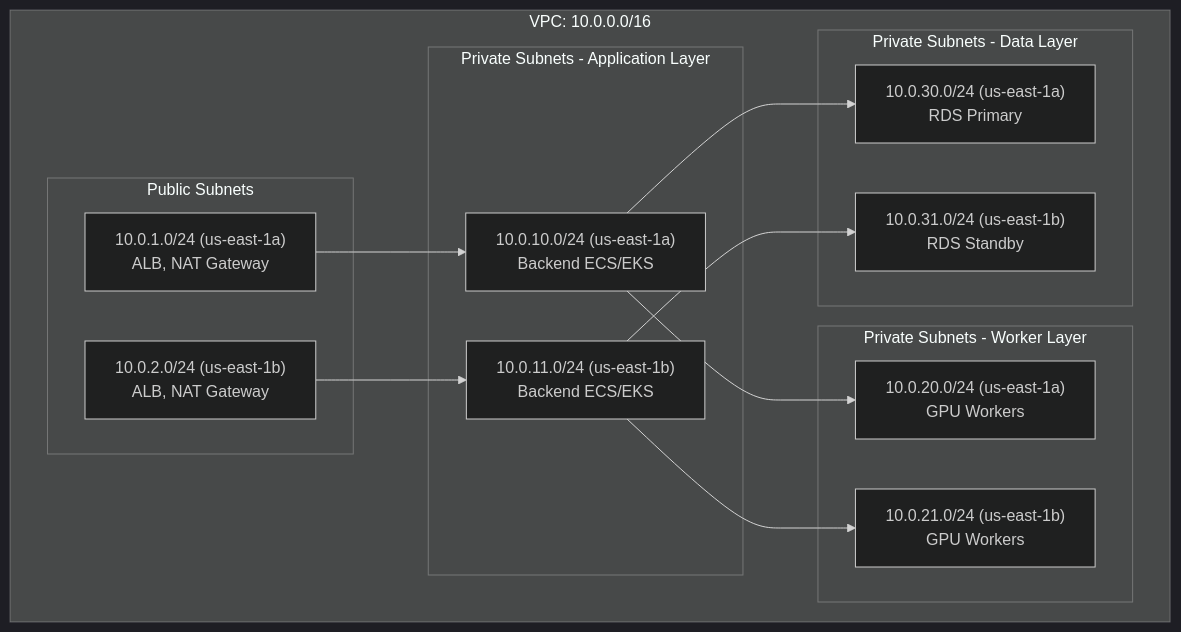
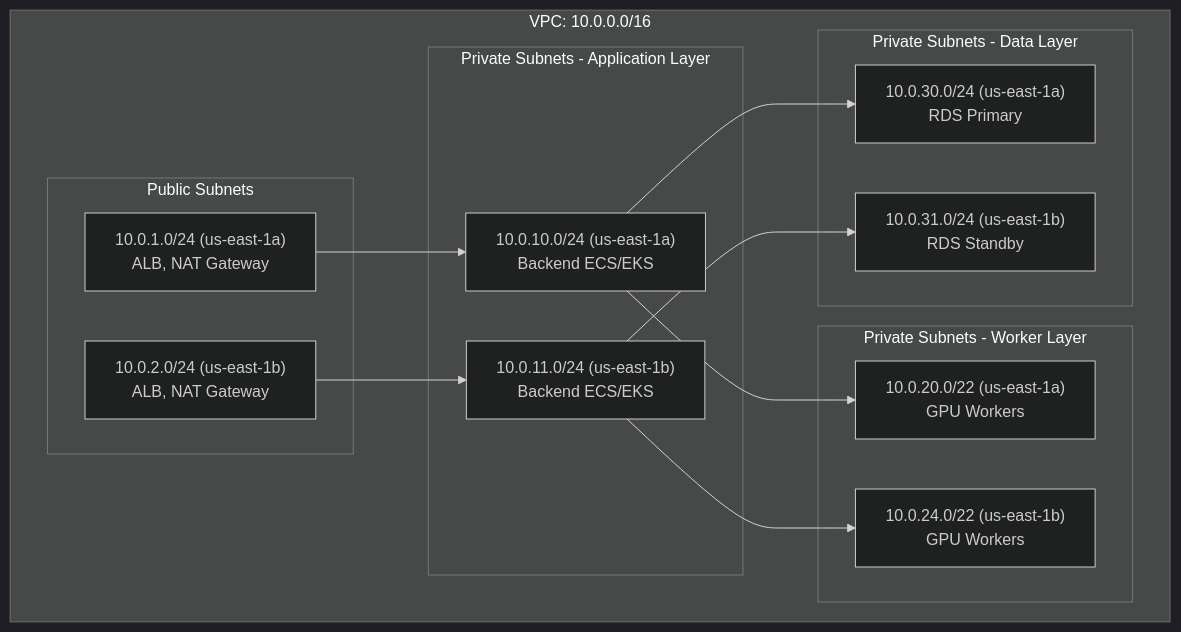
The second of 4 diagrams in docs/architecture/system-design.md (AI-Empower-HQ-360/AI-Film-Studio), drawn with Mermaid (dark theme) before and after one commit. The commit also changed other lines of this file, not shown here.

Commit message:
docs: address review feedback on diagrams and costs

````diff
--- a/docs/architecture/system-design.md
+++ b/docs/architecture/system-design.md
@@ -292,28 +293,28 @@
 ```mermaid
 flowchart TB
   subgraph VPC["VPC: 10.0.0.0/16"]
     subgraph Public_Subnets["Public Subnets"]
       a1["10.0.1.0/24 (us-east-1a)\nALB, NAT Gateway"]
       a2["10.0.2.0/24 (us-east-1b)\nALB, NAT Gateway"]
     end
     subgraph Private_App["Private Subnets - Application Layer"]
       b1["10.0.10.0/24 (us-east-1a)\nBackend ECS/EKS"]
       b2["10.0.11.0/24 (us-east-1b)\nBackend ECS/EKS"]
     end
     subgraph Worker["Private Subnets - Worker Layer"]
-      c1["10.0.20.0/24 (us-east-1a)\nGPU Workers"]
-      c2["10.0.21.0/24 (us-east-1b)\nGPU Workers"]
+      c1["10.0.20.0/22 (us-east-1a)\nGPU Workers"]
+      c2["10.0.24.0/22 (us-east-1b)\nGPU Workers"]
     end
     subgraph Data["Private Subnets - Data Layer"]
       d1["10.0.30.0/24 (us-east-1a)\nRDS Primary"]
       d2["10.0.31.0/24 (us-east-1b)\nRDS Standby"]
     end
   end
 
   a1 --> b1
   a2 --> b2
   b1 --> c1
   b2 --> c2
   b1 --> d1
   b2 --> d2
 ```
````
